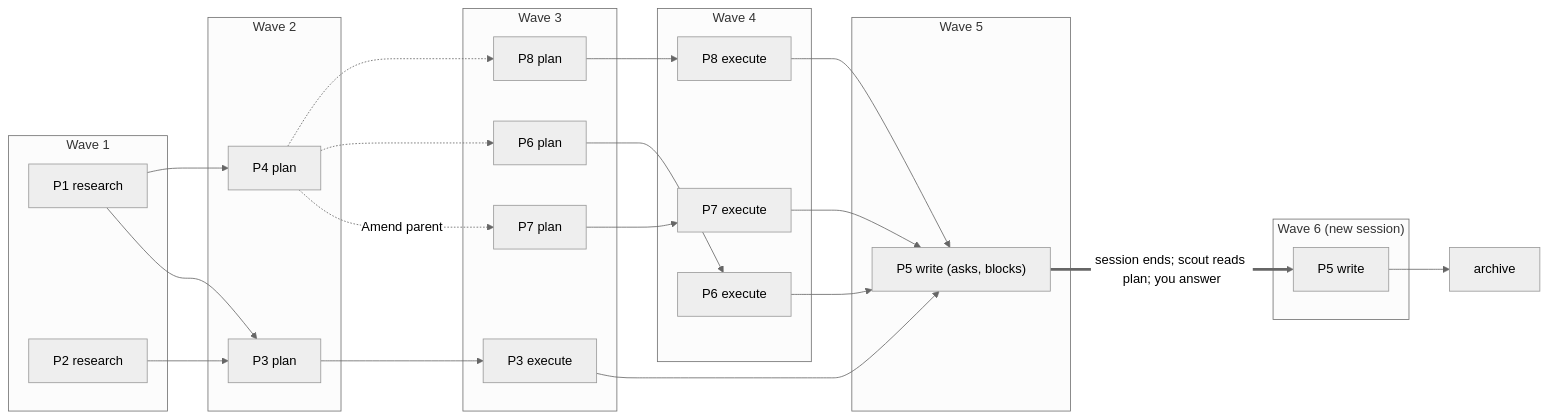
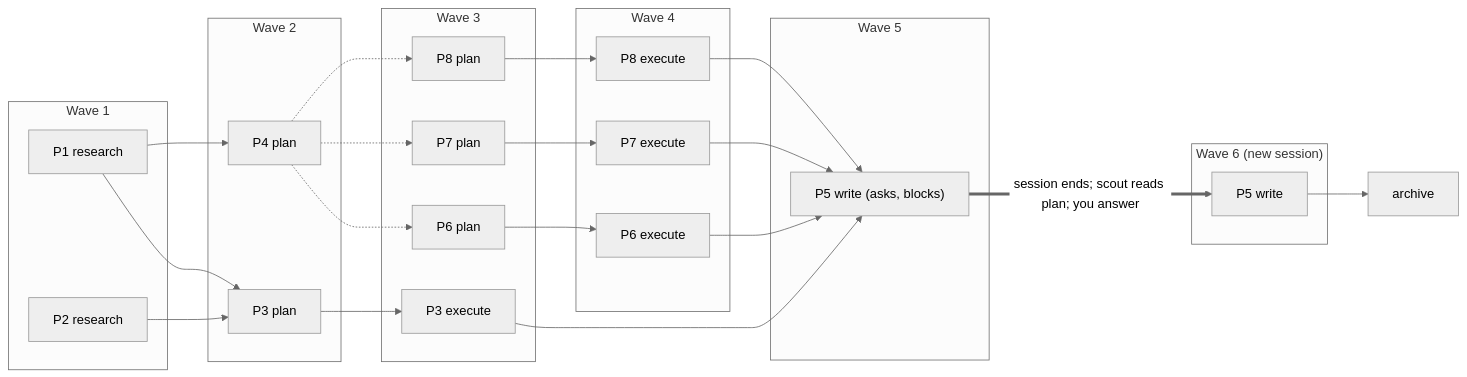
Before and after one commit to sly2j/claude-supervisor: the third of 3 diagrams in README.md, drawn with Mermaid (neutral theme). The commit also changed other lines of this file and 6 other files, not shown here.

````diff
--- a/README.md
+++ b/README.md
@@ -116,38 +125,37 @@
 ```mermaid
 flowchart LR
   subgraph W1[Wave 1]
     P1r[P1 research]
     P2r[P2 research]
   end
   subgraph W2[Wave 2]
     P3p[P3 plan]
     P4p[P4 plan]
   end
   subgraph W3[Wave 3]
     P3e[P3 execute]
     P6p[P6 plan]
     P7p[P7 plan]
     P8p[P8 plan]
   end
   subgraph W4[Wave 4]
     P6e[P6 execute]
     P7e[P7 execute]
     P8e[P8 execute]
   end
   subgraph W5[Wave 5]
     P5q["P5 write (asks, blocks)"]
   end
   subgraph W6["Wave 6 (new session)"]
     P5w[P5 write]
   end
   P1r & P2r --> P3p --> P3e
   P1r --> P4p
-  P4p -.->|Amend parent| P7p
-  P4p -.-> P6p & P8p
+  P4p -.-> P6p & P7p & P8p
   P6p --> P6e
   P7p --> P7e
   P8p --> P8e
   P3e & P6e & P7e & P8e --> P5q
   P5q ==>|"session ends; scout reads plan; you answer"| P5w --> A[archive]
   P3e ~~~ P6e
 ```
````
